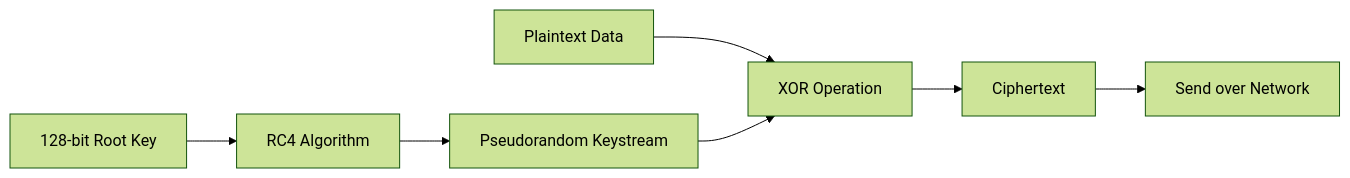
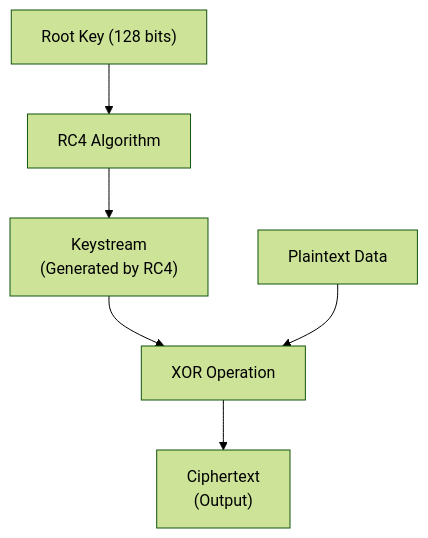
Before and after one commit to Pr0xyG33k/Pr0xyG33k.github.io: the first of 4 diagrams in posts/wireless03/index.md, drawn with Mermaid (forest theme). The commit also changed other lines of this file and 32 other files, not shown here.

````diff
--- a/posts/wireless03/index.md
+++ b/posts/wireless03/index.md
@@ -17,11 +17,16 @@
 ```mermaid
-flowchart LR
-    RK[128-bit Root Key] --> RC4[RC4 Algorithm]
-    RC4 --> KS[Pseudorandom Keystream]
-    PT[Plaintext Data] --> XOR[XOR Operation]
-    KS --> XOR
-    XOR --> CT[Ciphertext]
-    CT --> NET[Send over Network]
+graph TD
+    RootKey["Root Key (128 bits)"]
+    RC4["RC4 Algorithm"]
+    Keystream["Keystream<br>(Generated by RC4)"]
+    Plaintext["Plaintext Data"]
+    XOR["XOR Operation"]
+    Ciphertext["Ciphertext<br>(Output)"]
 
+    RootKey --> RC4
+    RC4 --> Keystream
+    Keystream --> XOR
+    Plaintext --> XOR
+    XOR --> Ciphertext
 
 ```
````
